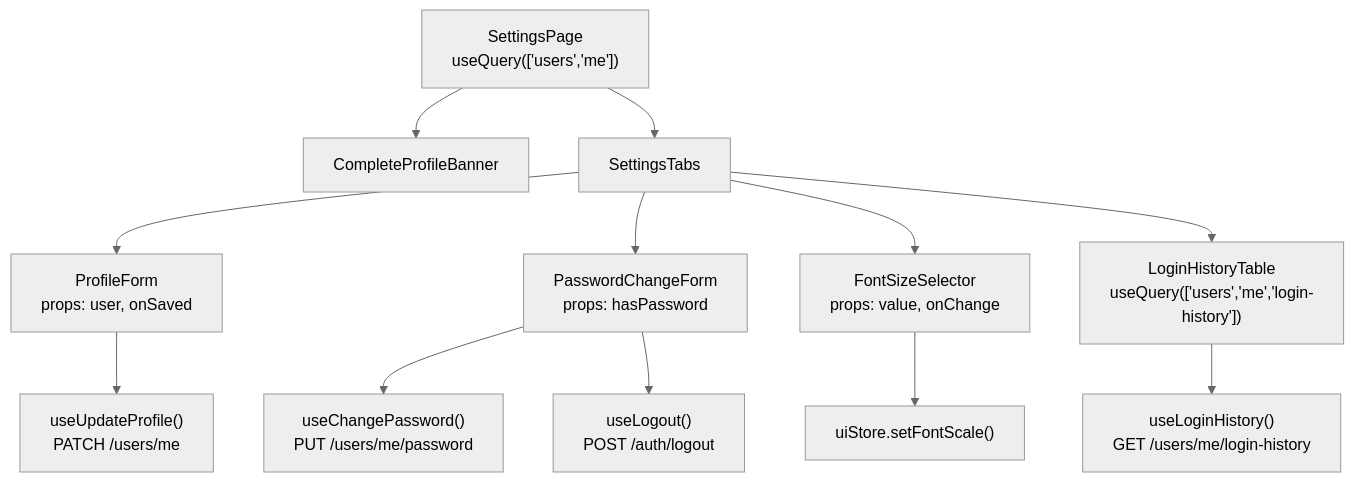
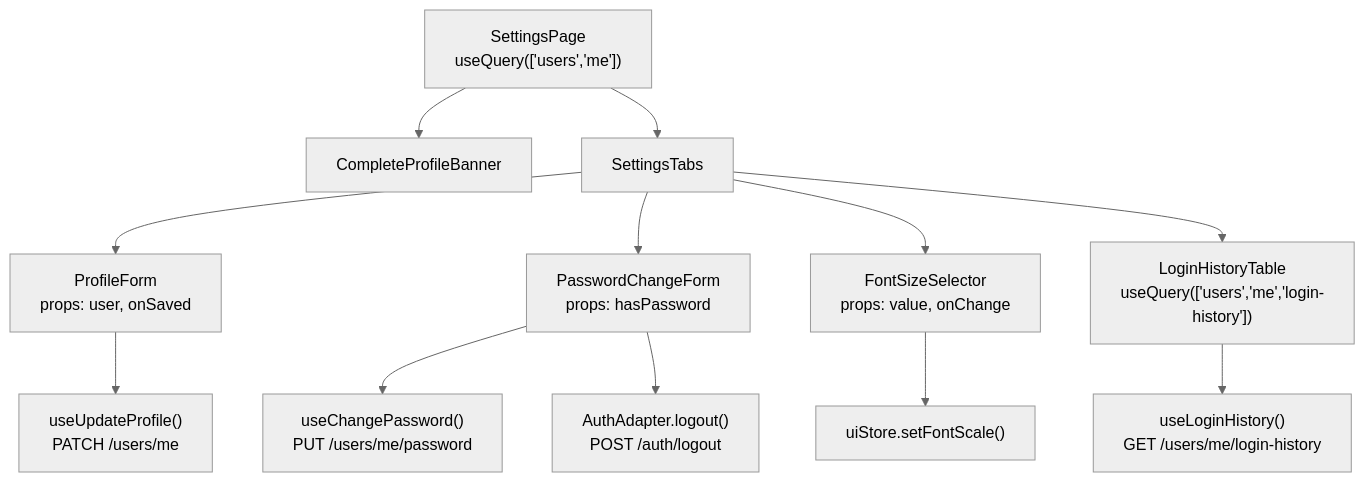
Before and after one commit to oikawa-d/task_management: the fourth of 5 diagrams in docs/detailed_design/screen/09_settings.md, drawn with Mermaid (neutral theme). The commit also changed other lines of this file and 11 other files, not shown here.

````diff
--- a/docs/detailed_design/screen/09_settings.md
+++ b/docs/detailed_design/screen/09_settings.md
@@ -194,15 +194,15 @@
 ```mermaid
 flowchart TB
     SP["SettingsPage<br/>useQuery(['users','me'])"] --> BN["CompleteProfileBanner"]
     SP --> TB["SettingsTabs"]
     TB --> PF["ProfileForm<br/>props: user, onSaved"]
     TB --> PWF["PasswordChangeForm<br/>props: hasPassword"]
     TB --> FSS["FontSizeSelector<br/>props: value, onChange"]
     TB --> LHT["LoginHistoryTable<br/>useQuery(['users','me','login-history'])"]
 
     PF --> UUM["useUpdateProfile()<br/>PATCH /users/me"]
     PWF --> UPW["useChangePassword()<br/>PUT /users/me/password"]
-    PWF --> ULO["useLogout()<br/>POST /auth/logout"]
+    PWF --> ULO["AuthAdapter.logout()<br/>POST /auth/logout"]
     FSS --> UIS["uiStore.setFontScale()"]
     LHT --> ULH["useLoginHistory()<br/>GET /users/me/login-history"]
 ```
````
